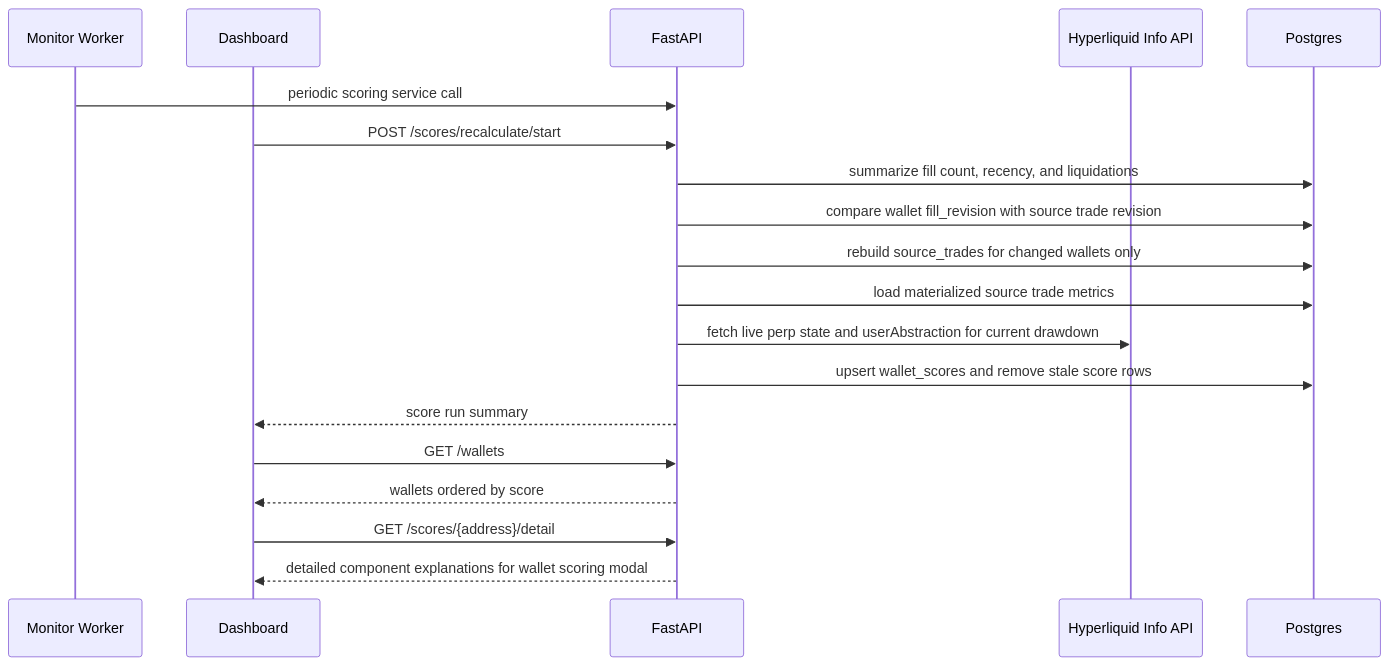
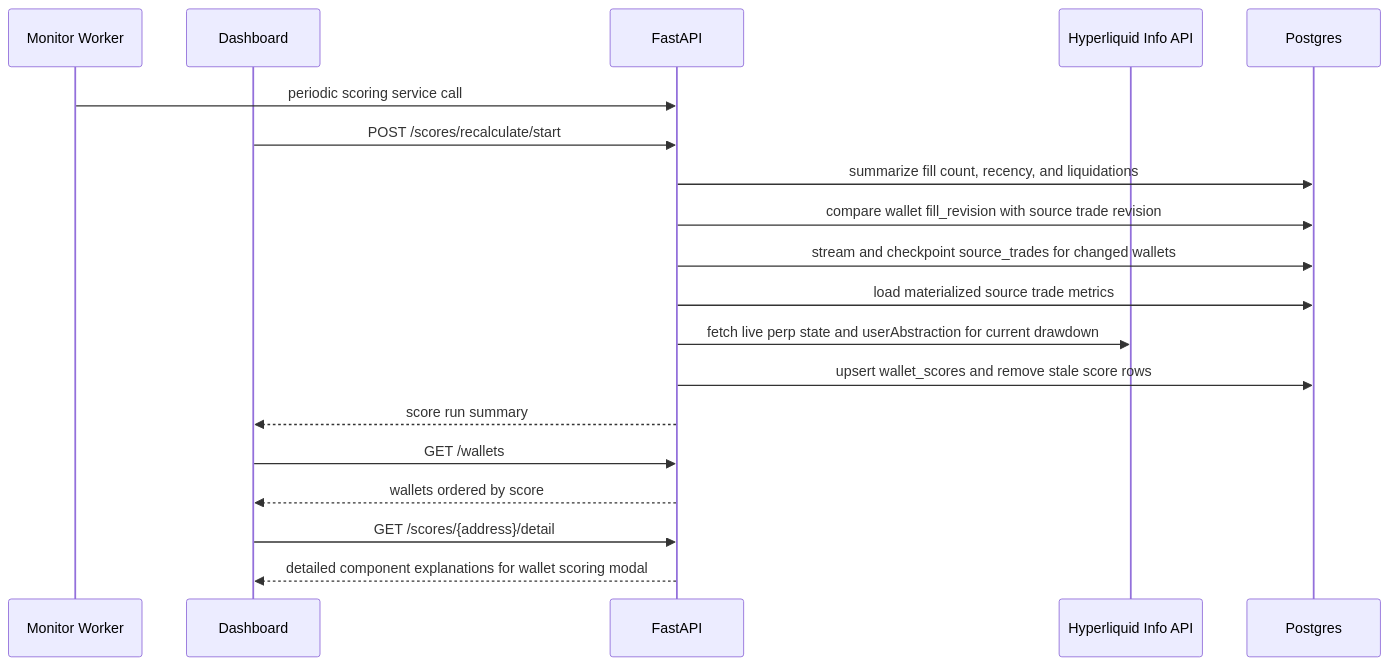
Before and after one commit to DrottPoker/copytrading-agent: the sixth of 10 diagrams in docs/architecture.md, drawn with Mermaid. The commit also changed other lines of this file and 11 other files, not shown here.

````diff
--- a/docs/architecture.md
+++ b/docs/architecture.md
@@ -583,22 +590,22 @@
 ```mermaid
 sequenceDiagram
   participant Worker as Monitor Worker
   participant UI as Dashboard
   participant API as FastAPI
   participant HL as Hyperliquid Info API
   participant DB as Postgres
 
   Worker->>API: periodic scoring service call
   UI->>API: POST /scores/recalculate/start
   API->>DB: summarize fill count, recency, and liquidations
   API->>DB: compare wallet fill_revision with source trade revision
-  API->>DB: rebuild source_trades for changed wallets only
+  API->>DB: stream and checkpoint source_trades for changed wallets
   API->>DB: load materialized source trade metrics
   API->>HL: fetch live perp state and userAbstraction for current drawdown
   API->>DB: upsert wallet_scores and remove stale score rows
   API-->>UI: score run summary
   UI->>API: GET /wallets
   API-->>UI: wallets ordered by score
   UI->>API: GET /scores/{address}/detail
   API-->>UI: detailed component explanations for wallet scoring modal
 ```
````
